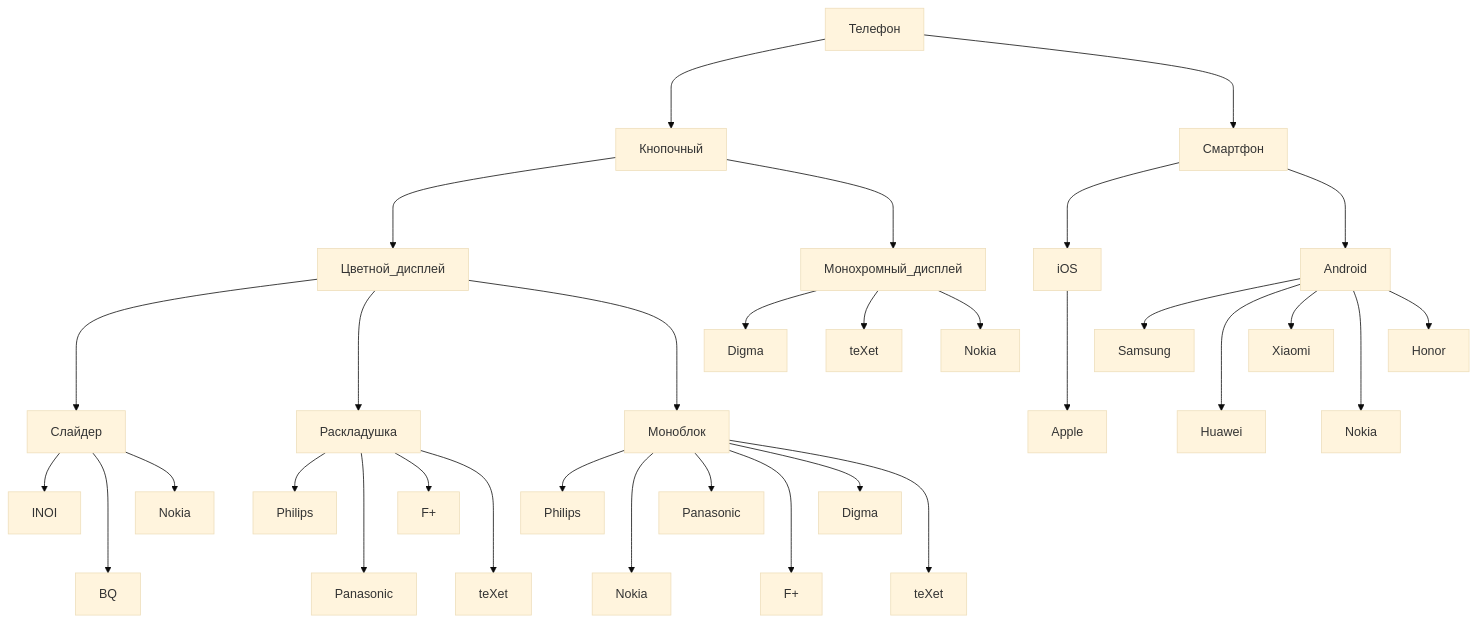
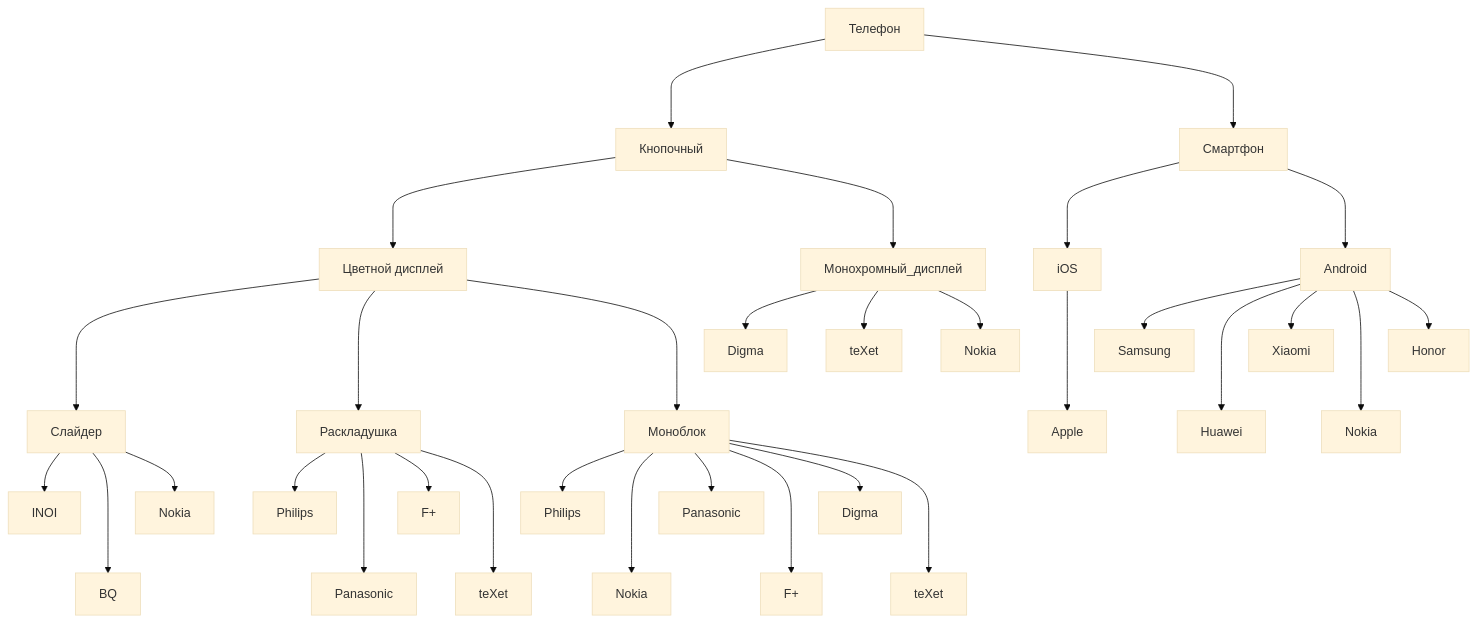
One commit to Bryanskaya/AISystems changed the diagram in lab_01/tree.md. Above: the diagram before and after it, drawn with Mermaid (base theme).

````diff
--- a/lab_01/tree.md
+++ b/lab_01/tree.md
@@ -1,43 +1,43 @@
 ```mermaid
 flowchart TD
 Телефон ---> Кнопочный
 Телефон ---> Смартфон
 
-Кнопочный ---> Цветной_дисплей
+Кнопочный ---> ЦД[Цветной дисплей]
 Кнопочный ---> Монохромный_дисплей
 
 Монохромный_дисплей --> monoh_digma[Digma]
 Монохромный_дисплей --> monoh_teXet[teXet]
 Монохромный_дисплей --> monoh_nokia[Nokia]
 
-Цветной_дисплей ---> Слайдер
-Цветной_дисплей ---> Раскладушка
-Цветной_дисплей ---> Моноблок
+ЦД ---> Слайдер
+ЦД ---> Раскладушка
+ЦД ---> Моноблок
 
 Слайдер --> slider_inoi[INOI]
 Слайдер ---> slider_bq[BQ]
 Слайдер --> slider_nokia[Nokia]
 
 Раскладушка --> clam_philips[Philips]
 Раскладушка ---> clam_panasonic[Panasonic]
 Раскладушка --> clam_f_plus[F+]
 Раскладушка ---> clam_texet[teXet]
 
 Моноблок --> monon_philips[Philips]
 Моноблок ---> mono_nokia[Nokia]
 Моноблок --> mono_panasonic[Panasonic]
 Моноблок ---> mono_f_plus[F+]
 Моноблок --> mono_digma[Digma]
 Моноблок ---> mono_texet[teXet]
 
 Смартфон ---> iOS
 Смартфон ---> Android
 
 iOS ---> Apple
 
 Android --> Samsung
 Android ---> Huawei
 Android --> Xiaomi
 Android ---> Nokia
 Android --> Honor
 ```
````
